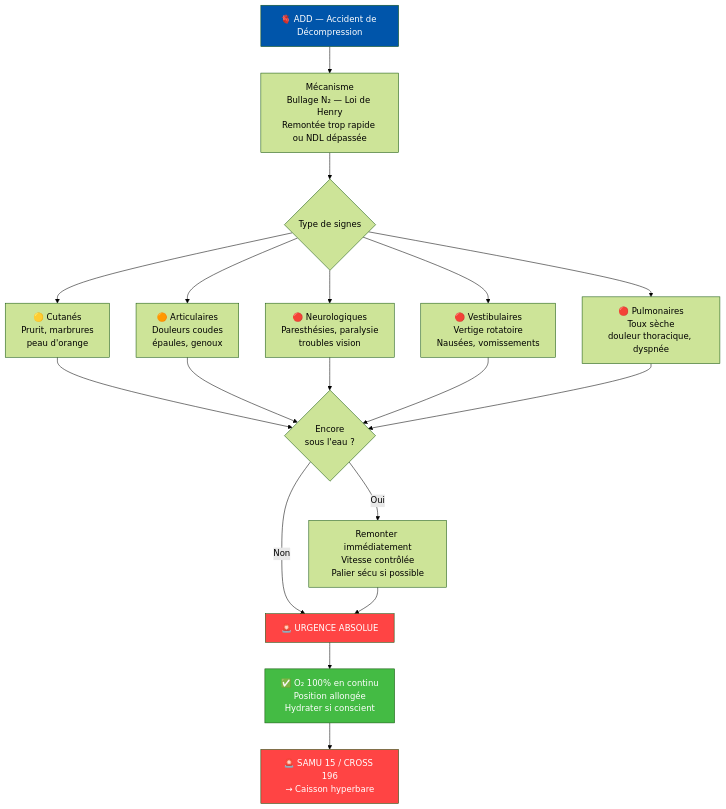
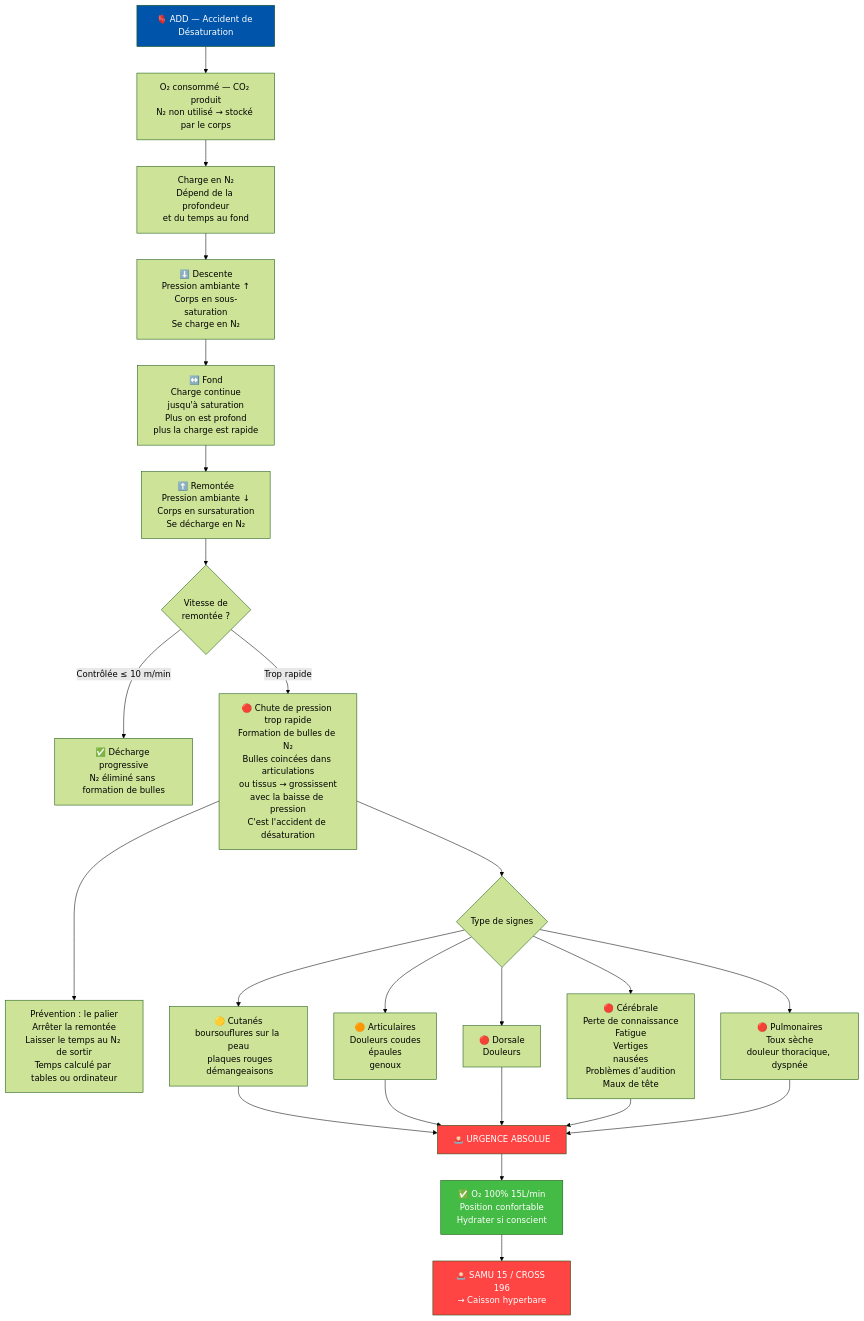
The second of 6 diagrams in prepa-n2/N2_Physiologie_Risques.md (thomasGuibert/plongee), drawn with Mermaid (forest theme) before and after one commit. The commit also changed other lines of this file and 1 other file, not shown here.

````diff
--- a/prepa-n2/N2_Physiologie_Risques.md
+++ b/prepa-n2/N2_Physiologie_Risques.md
@@ -33,22 +38,33 @@
 ```mermaid
 flowchart TD
-    ROOT["🫀 ADD — Accident de Décompression"]
-    ROOT --> ADD_M["Mécanisme<br>Bullage N₂ — Loi de Henry<br>Remontée trop rapide ou NDL dépassée"]
-    ADD_M --> ADD_S{Type de signes}
-    ADD_S --> ADD_C["🟡 Cutanés<br>Prurit, marbrures<br>peau d'orange"]
-    ADD_S --> ADD_A["🟠 Articulaires<br>Douleurs coudes<br>épaules, genoux"]
-    ADD_S --> ADD_N["🔴 Neurologiques<br>Paresthésies, paralysie<br>troubles vision"]
-    ADD_S --> ADD_V["🔴 Vestibulaires<br>Vertige rotatoire<br>Nausées, vomissements"]
+    ROOT["🫀 ADD — Accident de Désaturation"]
+
+    ROOT --> MECA["O₂ consommé — CO₂ produit<br>N₂ non utilisé → stocké par le corps"]
+
+    MECA --> CHARGE["Charge en N₂<br>Dépend de la profondeur<br>et du temps au fond"]
+
+    CHARGE --> DESC["⬇️ Descente<br>Pression ambiante ↑<br>Corps en sous-saturation<br>Se charge en N₂"]
+    DESC --> FOND["↔️ Fond<br>Charge continue<br>jusqu'à saturation<br>Plus on est profond<br>plus la charge est rapide"]
+    FOND --> REM["⬆️ Remontée<br>Pression ambiante ↓<br>Corps en sursaturation<br>Se décharge en N₂"]
+
+    REM --> VITESSE{Vitesse de<br>remontée ?}
+    VITESSE -->|Contrôlée ≤ 10 m/min| OK["✅ Décharge progressive<br>N₂ éliminé sans formation de bulles"]
+    VITESSE -->|Trop rapide| BULLES["🔴 Chute de pression trop rapide<br>Formation de bulles de N₂<br>Bulles coincées dans articulations<br>ou tissus → grossissent<br>avec la baisse de pression<br>C'est l'accident de désaturation"]
+
+    BULLES ---> PAL["Prévention : le palier<br>Arrêter la remontée<br>Laisser le temps au N₂ de sortir<br>Temps calculé par tables ou ordinateur"]
+
+    BULLES --> ADD_S{Type de signes}
+    ADD_S --> ADD_C["🟡 Cutanés<br>boursouflures sur la peau<br> plaques rouges<br> démangeaisons"]
+    ADD_S --> ADD_B["🟠 Articulaires<br>Douleurs coudes<br>épaules<br> genoux"]
+    ADD_S --> ADD_A["🔴 Dorsale<br> Douleurs"]
+    ADD_S --> ADD_N["🔴 Cérébrale<br>Perte de connaissance <br> Fatigue <br> Vertiges<br>nausées<br>Problèmes d’audition<br>Maux de tête"]
     ADD_S --> ADD_P["🔴 Pulmonaires<br>Toux sèche<br>douleur thoracique, dyspnée"]
-    ADD_C & ADD_A & ADD_N & ADD_V & ADD_P --> ADD_Q{Encore<br>sous l'eau ?}
-    ADD_Q -->|Oui| ADD_R["Remonter immédiatement<br>Vitesse contrôlée<br>Palier sécu si possible"]
-    ADD_Q -->|Non| ADD_URG["🚨 URGENCE ABSOLUE"]
-    ADD_R --> ADD_URG
-    ADD_URG --> ADD_CT["✅ O₂ 100% en continu<br>Position allongée<br>Hydrater si conscient"]
+    ADD_C & ADD_B & ADD_A & ADD_N & ADD_P --> ADD_URG["🚨 URGENCE ABSOLUE"]
+    ADD_URG --> ADD_CT["✅ O₂ 100% 15L/min<br>Position confortable<br>Hydrater si conscient"]
     ADD_CT --> ADD_SEC["🚨 SAMU 15 / CROSS 196<br>→ Caisson hyperbare"]
 
     style ROOT fill:#0055aa,color:#fff
     style ADD_URG fill:#ff4444,color:#fff
     style ADD_SEC fill:#ff4444,color:#fff
     style ADD_CT fill:#44bb44,color:#fff
 ```
````
